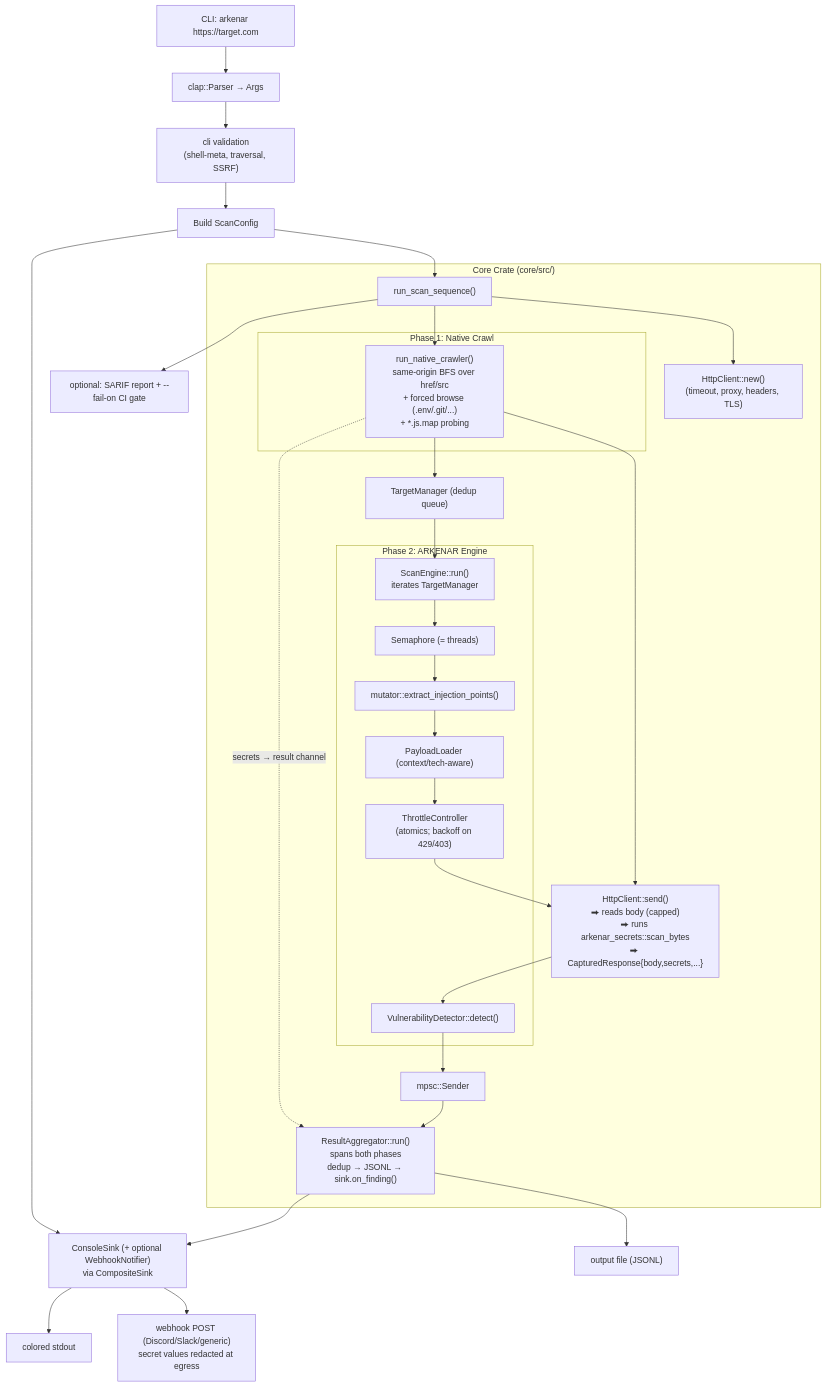
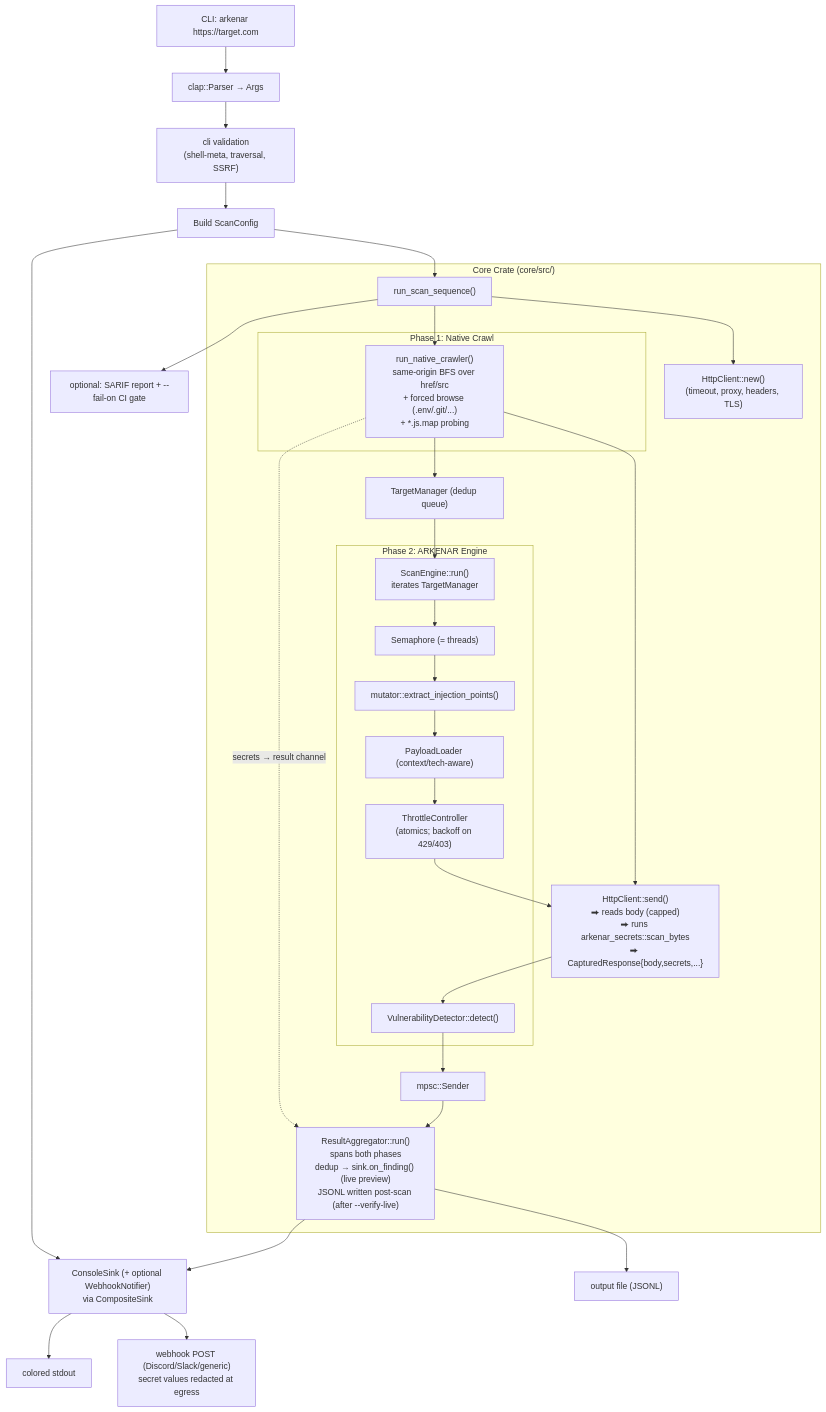
One commit to realozk/ARKENAR changed the diagram in ARCHITECTURE.md. Above: the diagram before and after it, drawn with Mermaid. The commit also changed other lines of this file and 23 other files, not shown here.

````diff
--- a/ARCHITECTURE.md
+++ b/ARCHITECTURE.md
@@ -44,44 +44,44 @@
 ```mermaid
 flowchart TD
     CLI_INPUT["CLI: arkenar https://target.com"] --> CLI_ARGS["clap::Parser → Args"]
     CLI_ARGS --> VALIDATE["cli validation\n(shell-meta, traversal, SSRF)"]
     VALIDATE --> CLI_CONFIG["Build ScanConfig"]
     CLI_CONFIG --> SINK["ConsoleSink (+ optional WebhookNotifier)\nvia CompositeSink"]
 
     CLI_CONFIG --> SEQ["run_scan_sequence()"]
 
     subgraph CORE[" Core Crate (core/src/)"]
         SEQ --> HTTP["HttpClient::new()\n(timeout, proxy, headers, TLS)"]
 
         subgraph P1["Phase 1: Native Crawl"]
             CRAWL["run_native_crawler()\nsame-origin BFS over href/src\n+ forced browse (.env/.git/...)\n+ *.js.map probing"]
         end
 
         subgraph P2["Phase 2: ARKENAR Engine"]
             ENGINE["ScanEngine::run()\niterates TargetManager"]
             SEM["Semaphore (= threads)"]
             MUT["mutator::extract_injection_points()"]
             PAY["PayloadLoader (context/tech-aware)"]
             THR["ThrottleController\n(atomics; backoff on 429/403)"]
             DET["VulnerabilityDetector::detect()"]
         end
 
         HTTPCLIENT["HttpClient::send()\n⮕ reads body (capped)\n⮕ runs arkenar_secrets::scan_bytes\n⮕ CapturedResponse{body,secrets,...}"]
 
         SEQ --> CRAWL
         CRAWL --> TM["TargetManager (dedup queue)"]
         TM --> ENGINE
         ENGINE --> SEM --> MUT --> PAY --> THR --> HTTPCLIENT --> DET
         CRAWL --> HTTPCLIENT
 
         DET --> TX["mpsc::Sender<ScanResult>"]
         CRAWL -. "secrets → result channel" .-> AGG
-        TX --> AGG["ResultAggregator::run()\nspans both phases\ndedup → JSONL → sink.on_finding()"]
+        TX --> AGG["ResultAggregator::run()\nspans both phases\ndedup → sink.on_finding() (live preview)\nJSONL written post-scan (after --verify-live)"]
     end
 
     AGG --> SINK
     SINK --> TERMINAL["colored stdout"]
     SINK --> WEBHOOK["webhook POST (Discord/Slack/generic)\nsecret values redacted at egress"]
     AGG --> JSONL["output file (JSONL)"]
     SEQ --> SARIF["optional: SARIF report + --fail-on CI gate"]
 ```
````
